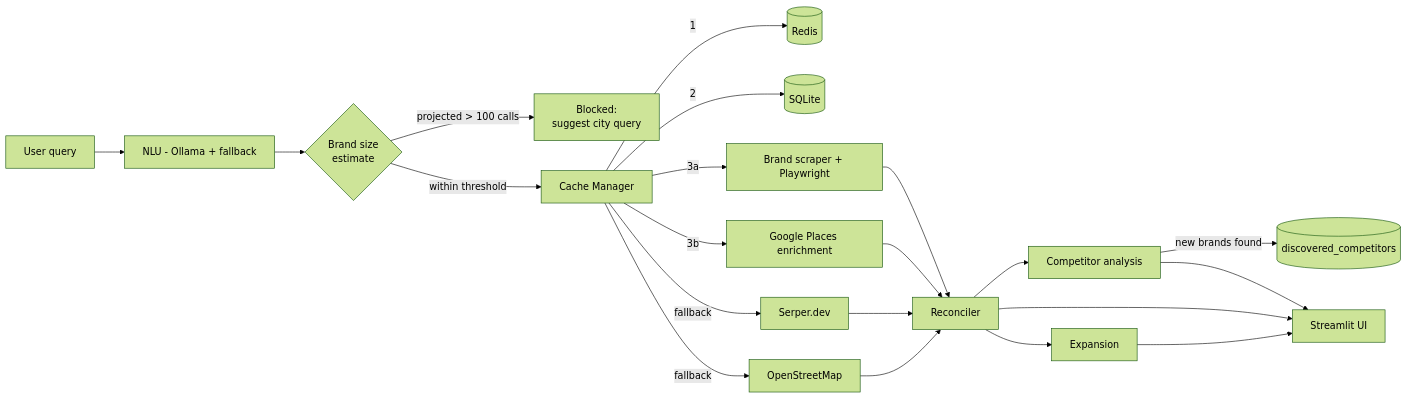
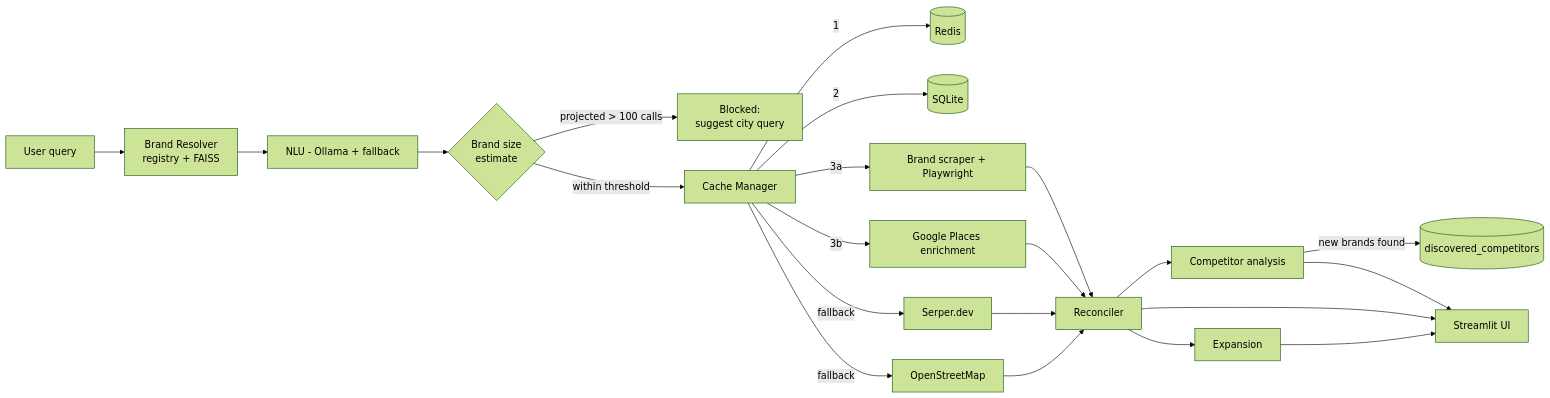
The first of 3 diagrams in docs/architecture.md (DivyashaAgrawal/location-intel), drawn with Mermaid (forest theme) before and after one commit. The commit also changed other lines of this file and 43 other files, not shown here.

````diff
--- a/docs/architecture.md
+++ b/docs/architecture.md
@@ -16,20 +16,21 @@
 ```mermaid
 flowchart LR
-    U[User query] --> N[NLU - Ollama + fallback]
+    U[User query] --> BR[Brand Resolver<br/>registry + FAISS]
+    BR --> N[NLU - Ollama + fallback]
     N --> BSE{Brand size<br/>estimate}
     BSE -->|projected > 100 calls| BLOCK[Blocked:<br/>suggest city query]
     BSE -->|within threshold| CM[Cache Manager]
     CM -->|1| R[(Redis)]
     CM -->|2| DB[(SQLite)]
     CM -->|3a| BS[Brand scraper + Playwright]
     CM -->|3b| GP[Google Places enrichment]
     CM -->|fallback| SP[Serper.dev]
     CM -->|fallback| OSM[OpenStreetMap]
     BS --> REC[Reconciler]
     GP --> REC
     SP & OSM --> REC
     REC --> COMP[Competitor analysis]
     COMP -->|new brands found| DISC[(discovered_competitors)]
     REC --> EXP[Expansion]
     COMP & REC & EXP --> UI[Streamlit UI]
 ```
````
